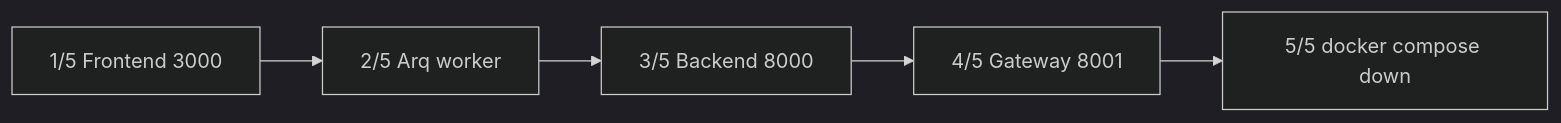
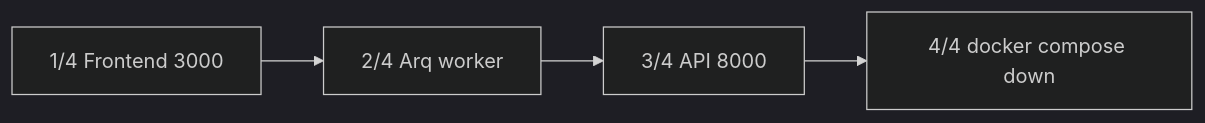
Before and after one commit to gondolerahul/hire-buddha-app: the seventh of 16 diagrams in docs/current/18-infrastructure-and-deployment.md, drawn with Mermaid (dark theme). The commit also changed other lines of this file and 61 other files, not shown here.

````diff
--- a/docs/current/18-infrastructure-and-deployment.md
+++ b/docs/current/18-infrastructure-and-deployment.md
@@ -498,7 +480,6 @@
 ```mermaid
 flowchart LR
-    S1["1/5 Frontend 3000"] --> S2["2/5 Arq worker"]
-    S2 --> S3["3/5 Backend 8000"]
-    S3 --> S4["4/5 Gateway 8001"]
-    S4 --> S5["5/5 docker compose down"]
+    S1["1/4 Frontend 3000"] --> S2["2/4 Arq worker"]
+    S2 --> S3["3/4 API 8000"]
+    S3 --> S5["4/4 docker compose down"]
 ```
````
